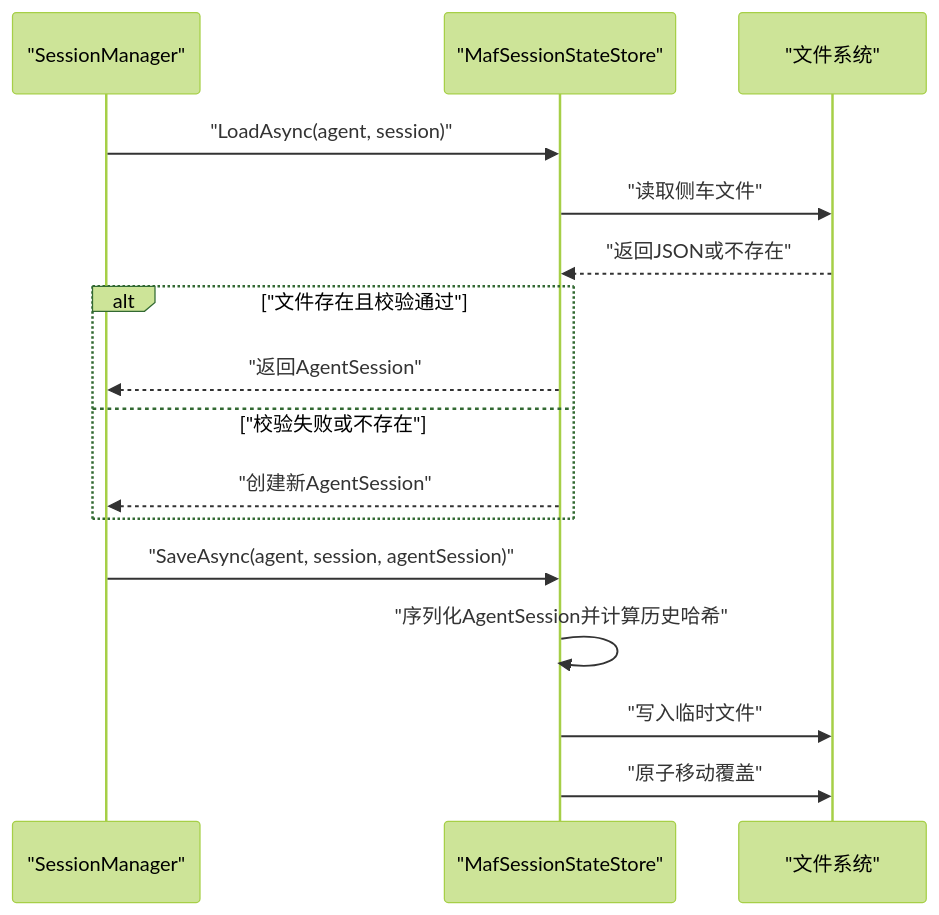
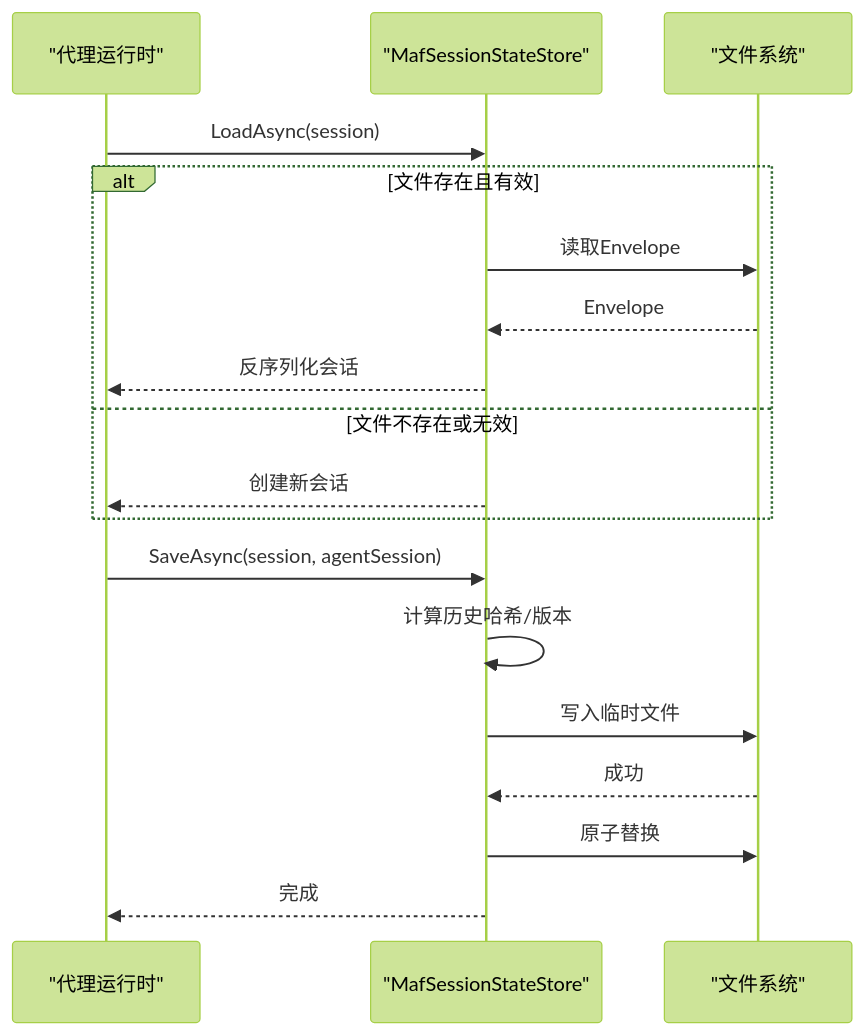
Before and after one commit to wayyet/kingcrab: the sixth of 8 diagrams in .qoder/repowiki/zh/content/代理运行时/会话管理.md, drawn with Mermaid (forest theme). The commit also changed other lines of this file and 431 other files, not shown here.

````diff
--- a/.qoder/repowiki/zh/content/代理运行时/会话管理.md
+++ b/.qoder/repowiki/zh/content/代理运行时/会话管理.md
@@ -321,18 +319,20 @@
 ```mermaid
 sequenceDiagram
-participant SM as "SessionManager"
-participant Agent as "MafSessionStateStore"
+participant Agent as "代理运行时"
+participant Store as "MafSessionStateStore"
 participant FS as "文件系统"
-SM->>Agent : "LoadAsync(agent, session)"
-Agent->>FS : "读取侧车文件"
-FS-->>Agent : "返回JSON或不存在"
-alt "文件存在且校验通过"
-Agent-->>SM : "返回AgentSession"
-else "校验失败或不存在"
-Agent-->>SM : "创建新AgentSession"
+Agent->>Store : LoadAsync(session)
+alt 文件存在且有效
+Store->>FS : 读取Envelope
+FS-->>Store : Envelope
+Store-->>Agent : 反序列化会话
+else 文件不存在或无效
+Store-->>Agent : 创建新会话
 end
-SM->>Agent : "SaveAsync(agent, session, agentSession)"
-Agent->>Agent : "序列化AgentSession并计算历史哈希"
-Agent->>FS : "写入临时文件"
-Agent->>FS : "原子移动覆盖"
+Agent->>Store : SaveAsync(session, agentSession)
+Store->>Store : 计算历史哈希/版本
+Store->>FS : 写入临时文件
+FS-->>Store : 成功
+Store->>FS : 原子替换
+Store-->>Agent : 完成
 ```
````
